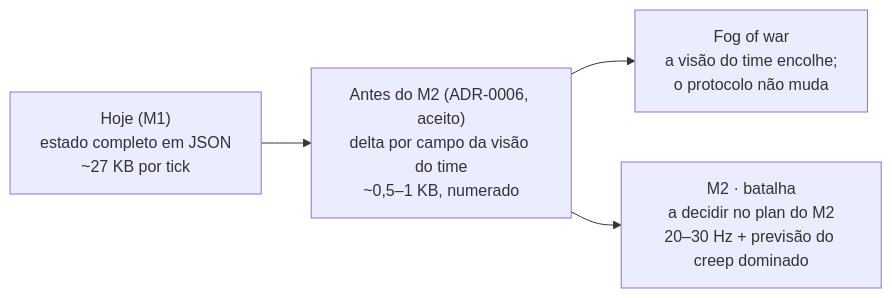
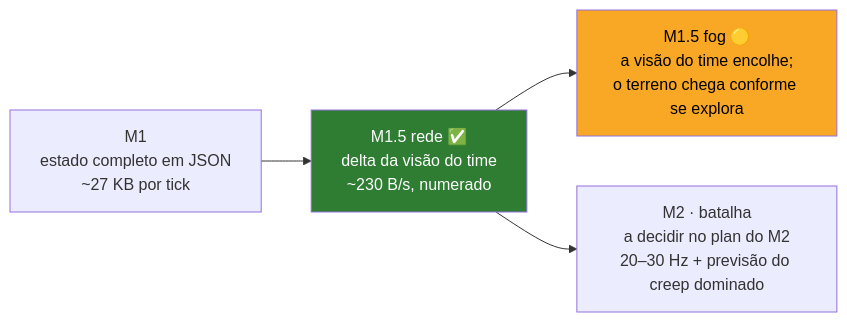
The seventh of 8 diagrams in docs/OVERVIEW.md (eliasfeijo/geometrix), drawn with Mermaid before and after one commit. The commit also changed other lines of this file, not shown here.

````diff
--- a/docs/OVERVIEW.md
+++ b/docs/OVERVIEW.md
@@ -456,6 +459,8 @@
 ```mermaid
 flowchart LR
-    A["Hoje (M1)<br/>estado completo em JSON<br/>~27 KB por tick"] --> B["Antes do M2 (ADR-0006, aceito)<br/>delta por campo da visão do time<br/>~0,5–1 KB, numerado"]
-    B --> D["Fog of war<br/>a visão do time encolhe;<br/>o protocolo não muda"]
+    A["M1<br/>estado completo em JSON<br/>~27 KB por tick"] --> B["M1.5 rede ✅<br/>delta da visão do time<br/>~230 B/s, numerado"]
+    B --> D["M1.5 fog 🟡<br/>a visão do time encolhe;<br/>o terreno chega conforme se explora"]
     B --> C["M2 · batalha<br/>a decidir no plan do M2<br/>20–30 Hz + previsão do creep dominado"]
+    style B fill:#2e7d32,color:#fff
+    style D fill:#f9a825,color:#000
 ```
````
